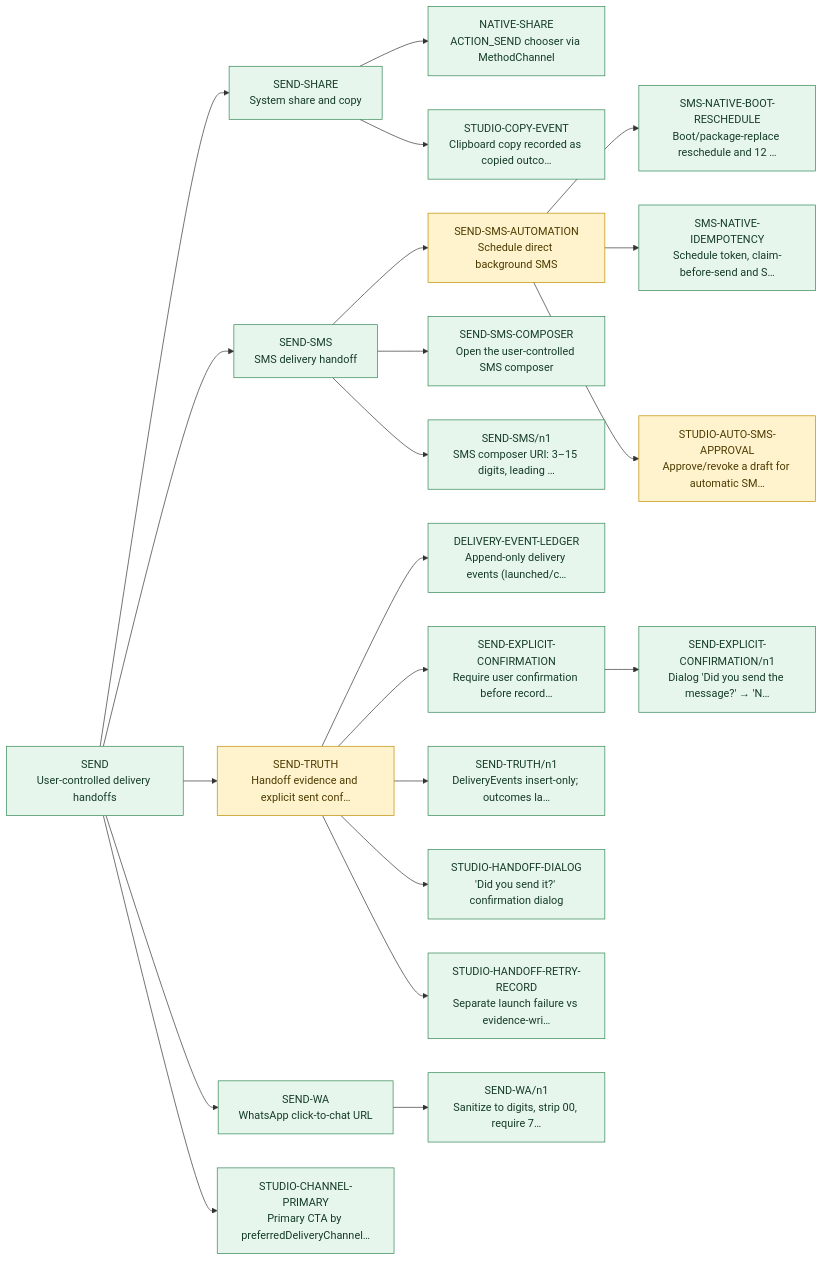
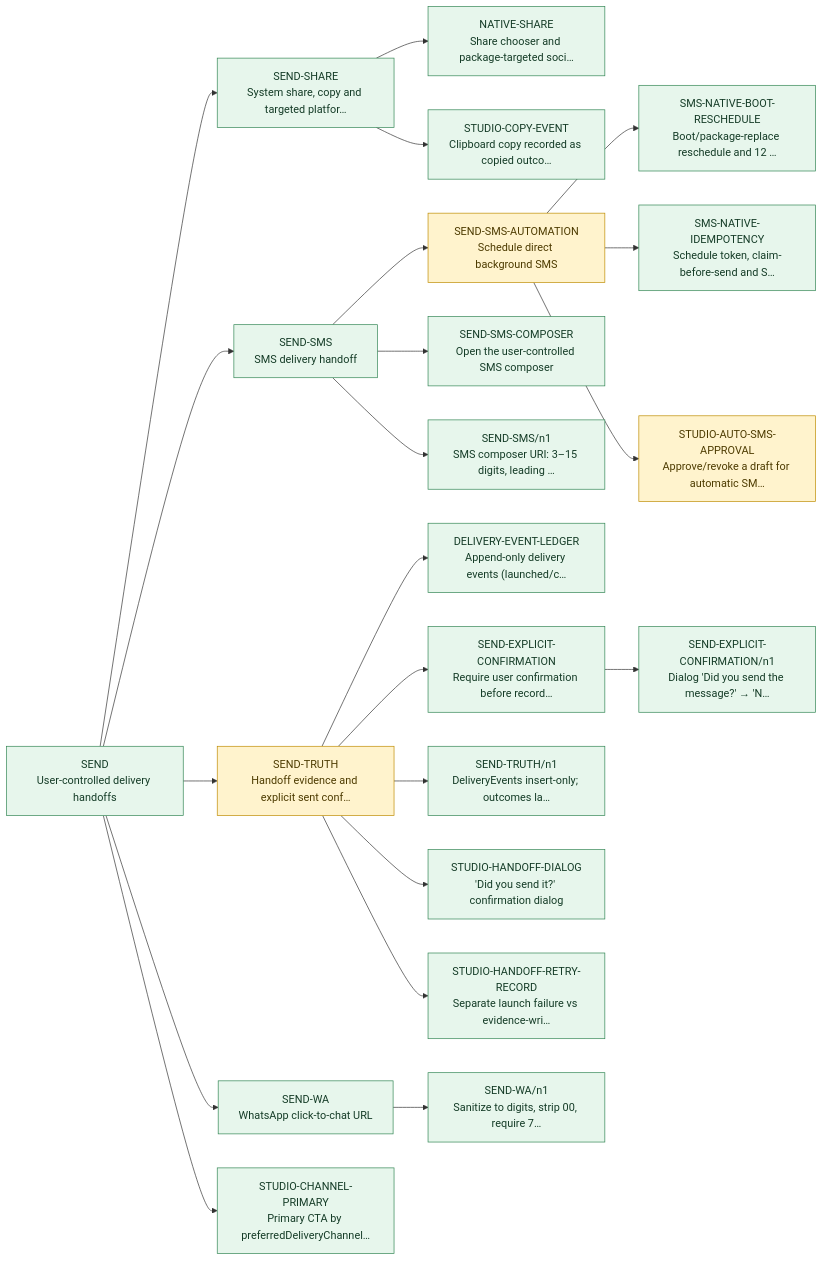
Diagram 27 of 35 in PROJECT_MINDMAP.md (yhsomani/AI-Birthday), drawn with Mermaid before and after one commit. The commit also changed other lines of this file and 162 other files, not shown here.

````diff
--- a/PROJECT_MINDMAP.md
+++ b/PROJECT_MINDMAP.md
@@ -924,69 +924,69 @@
 ```mermaid
 flowchart LR
   n_SEND["SEND<br/>User-controlled delivery handoffs"]
   class n_SEND impl;
-  n_SEND_SHARE["SEND-SHARE<br/>System share and copy"]
+  n_SEND_SHARE["SEND-SHARE<br/>System share, copy and targeted platfor…"]
   n_SEND --> n_SEND_SHARE
   class n_SEND_SHARE impl;
   n_SEND_SMS["SEND-SMS<br/>SMS delivery handoff"]
   n_SEND --> n_SEND_SMS
   class n_SEND_SMS impl;
   n_SEND_TRUTH["SEND-TRUTH<br/>Handoff evidence and explicit sent conf…"]
   n_SEND --> n_SEND_TRUTH
   class n_SEND_TRUTH part;
   n_SEND_WA["SEND-WA<br/>WhatsApp click-to-chat URL"]
   n_SEND --> n_SEND_WA
   class n_SEND_WA impl;
   n_STUDIO_CHANNEL_PRIMARY["STUDIO-CHANNEL-PRIMARY<br/>Primary CTA by preferredDeliveryChannel…"]
   n_SEND --> n_STUDIO_CHANNEL_PRIMARY
   class n_STUDIO_CHANNEL_PRIMARY impl;
   n_SEND_WA_n1["SEND-WA/n1<br/>Sanitize to digits, strip 00, require 7…"]
   n_SEND_WA --> n_SEND_WA_n1
   class n_SEND_WA_n1 impl;
   n_DELIVERY_EVENT_LEDGER["DELIVERY-EVENT-LEDGER<br/>Append-only delivery events (launched/c…"]
   n_SEND_TRUTH --> n_DELIVERY_EVENT_LEDGER
   class n_DELIVERY_EVENT_LEDGER impl;
   n_SEND_EXPLICIT_CONFIRMATION["SEND-EXPLICIT-CONFIRMATION<br/>Require user confirmation before record…"]
   n_SEND_TRUTH --> n_SEND_EXPLICIT_CONFIRMATION
   class n_SEND_EXPLICIT_CONFIRMATION impl;
   n_SEND_TRUTH_n1["SEND-TRUTH/n1<br/>DeliveryEvents insert-only; outcomes la…"]
   n_SEND_TRUTH --> n_SEND_TRUTH_n1
   class n_SEND_TRUTH_n1 impl;
   n_STUDIO_HANDOFF_DIALOG["STUDIO-HANDOFF-DIALOG<br/>'Did you send it?' confirmation dialog"]
   n_SEND_TRUTH --> n_STUDIO_HANDOFF_DIALOG
   class n_STUDIO_HANDOFF_DIALOG impl;
   n_STUDIO_HANDOFF_RETRY_RECORD["STUDIO-HANDOFF-RETRY-RECORD<br/>Separate launch failure vs evidence-wri…"]
   n_SEND_TRUTH --> n_STUDIO_HANDOFF_RETRY_RECORD
   class n_STUDIO_HANDOFF_RETRY_RECORD impl;
   n_SEND_EXPLICIT_CONFIRMATION_n1["SEND-EXPLICIT-CONFIRMATION/n1<br/>Dialog 'Did you send the message?' → 'N…"]
   n_SEND_EXPLICIT_CONFIRMATION --> n_SEND_EXPLICIT_CONFIRMATION_n1
   class n_SEND_EXPLICIT_CONFIRMATION_n1 impl;
   n_SEND_SMS_AUTOMATION["SEND-SMS-AUTOMATION<br/>Schedule direct background SMS"]
   n_SEND_SMS --> n_SEND_SMS_AUTOMATION
   class n_SEND_SMS_AUTOMATION part;
   n_SEND_SMS_COMPOSER["SEND-SMS-COMPOSER<br/>Open the user-controlled SMS composer"]
   n_SEND_SMS --> n_SEND_SMS_COMPOSER
   class n_SEND_SMS_COMPOSER impl;
   n_SEND_SMS_n1["SEND-SMS/n1<br/>SMS composer URI: 3–15 digits, leading …"]
   n_SEND_SMS --> n_SEND_SMS_n1
   class n_SEND_SMS_n1 impl;
   n_SMS_NATIVE_BOOT_RESCHEDULE["SMS-NATIVE-BOOT-RESCHEDULE<br/>Boot/package-replace reschedule and 12 …"]
   n_SEND_SMS_AUTOMATION --> n_SMS_NATIVE_BOOT_RESCHEDULE
   class n_SMS_NATIVE_BOOT_RESCHEDULE impl;
   n_SMS_NATIVE_IDEMPOTENCY["SMS-NATIVE-IDEMPOTENCY<br/>Schedule token, claim-before-send and S…"]
   n_SEND_SMS_AUTOMATION --> n_SMS_NATIVE_IDEMPOTENCY
   class n_SMS_NATIVE_IDEMPOTENCY impl;
   n_STUDIO_AUTO_SMS_APPROVAL["STUDIO-AUTO-SMS-APPROVAL<br/>Approve/revoke a draft for automatic SM…"]
   n_SEND_SMS_AUTOMATION --> n_STUDIO_AUTO_SMS_APPROVAL
   class n_STUDIO_AUTO_SMS_APPROVAL part;
-  n_NATIVE_SHARE["NATIVE-SHARE<br/>ACTION_SEND chooser via MethodChannel"]
+  n_NATIVE_SHARE["NATIVE-SHARE<br/>Share chooser and package-targeted soci…"]
   n_SEND_SHARE --> n_NATIVE_SHARE
   class n_NATIVE_SHARE impl;
   n_STUDIO_COPY_EVENT["STUDIO-COPY-EVENT<br/>Clipboard copy recorded as copied outco…"]
   n_SEND_SHARE --> n_STUDIO_COPY_EVENT
   class n_STUDIO_COPY_EVENT impl;
   classDef impl fill:#e7f6ec,stroke:#318553,color:#153c27;
   classDef part fill:#fff3cd,stroke:#be8b00,color:#4d3b00;
   classDef miss fill:#fbe4e6,stroke:#b3261e,color:#5a1511;
   classDef unk fill:#eceff1,stroke:#66727a,color:#263238;
 ```
````
